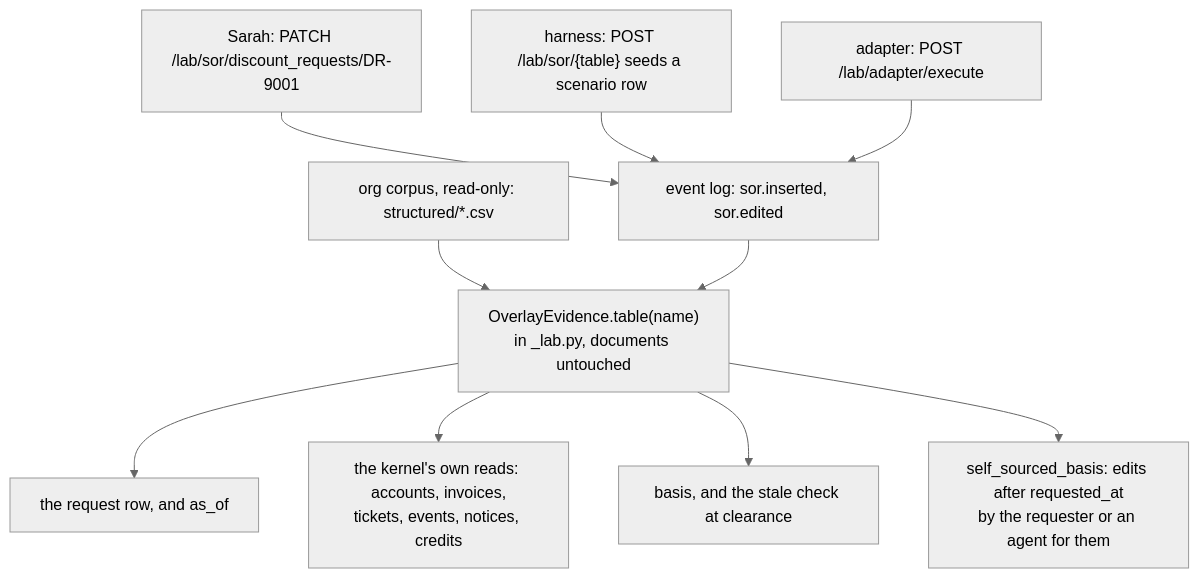
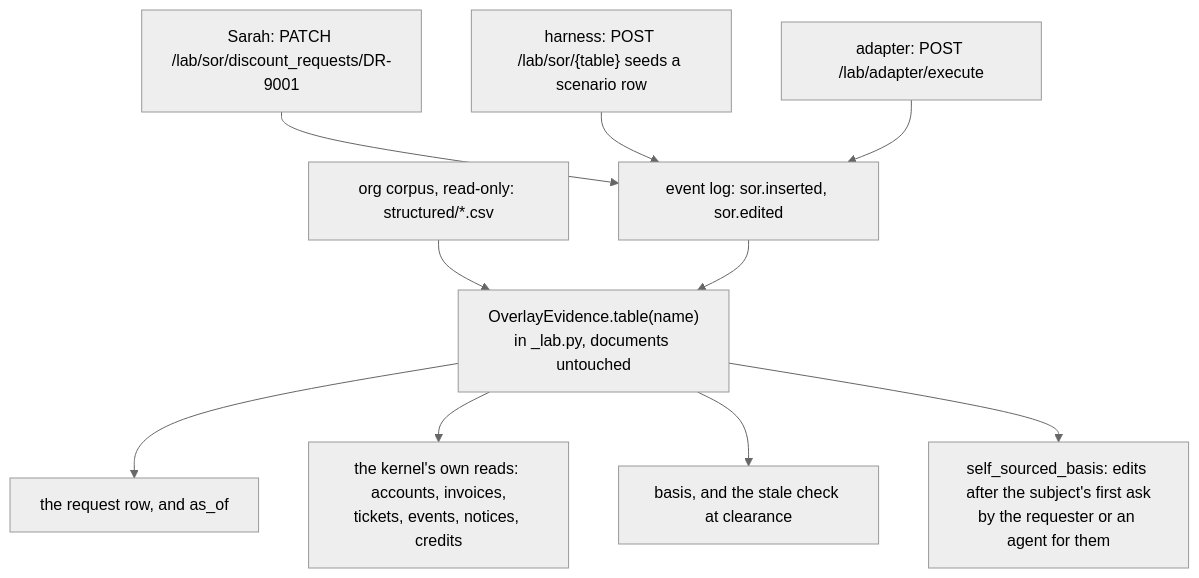
Before and after one commit to kloudtaxi/shiny-waffle: the eighth of 10 diagrams in docs/superpowers/specs/2026-10-10-owm-service-design.md, drawn with Mermaid (neutral theme). The commit also changed other lines of this file, not shown here.

````diff
--- a/docs/superpowers/specs/2026-10-10-owm-service-design.md
+++ b/docs/superpowers/specs/2026-10-10-owm-service-design.md
@@ -551,12 +650,12 @@
 ```mermaid
 flowchart TD
   CSV["org corpus, read-only: structured/*.csv"] --> OV["OverlayEvidence.table(name)<br/>in _lab.py, documents untouched"]
   LOG["event log: sor.inserted, sor.edited"] --> OV
   OV --> R1["the request row, and as_of"]
   OV --> R2["the kernel's own reads: accounts, invoices,<br/>tickets, events, notices, credits"]
   OV --> R3["basis, and the stale check at clearance"]
-  OV --> R4["self_sourced_basis: edits after requested_at<br/>by the requester or an agent for them"]
+  OV --> R4["self_sourced_basis: edits after the subject's first ask<br/>by the requester or an agent for them"]
   W1["Sarah: PATCH /lab/sor/discount_requests/DR-9001"] --> LOG
   W2["harness: POST /lab/sor/{table} seeds a scenario row"] --> LOG
   W3["adapter: POST /lab/adapter/execute"] --> LOG
 ```
````
